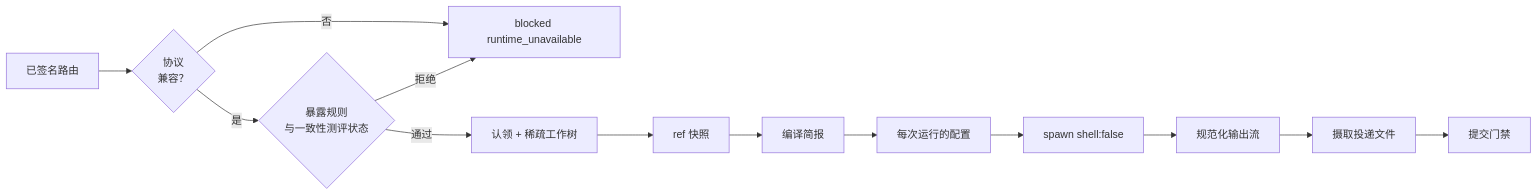
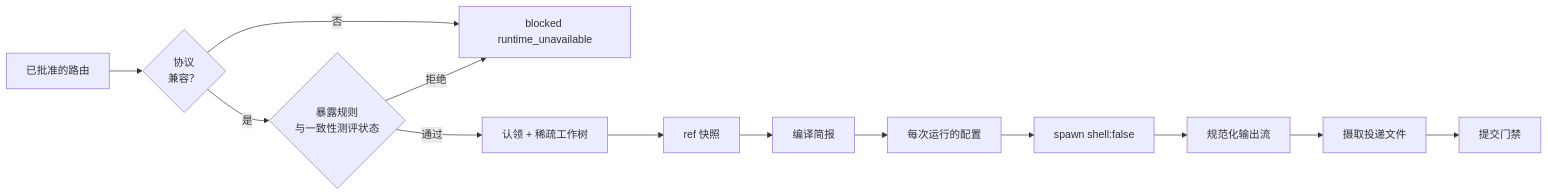
One commit to Qither/keel changed the diagram in docs/09-runtimes.zh-CN.md. Above: the diagram before and after it, drawn with Mermaid. The commit also changed other lines of this file and 130 other files, not shown here.

````diff
--- a/docs/09-runtimes.zh-CN.md
+++ b/docs/09-runtimes.zh-CN.md
@@ -110,15 +110,15 @@
 ```mermaid
 flowchart LR
-  R[已签名路由] --> C{协议<br/>兼容？}
+  R[已批准的路由] --> C{协议<br/>兼容？}
   C -- 否 --> B1[blocked runtime_unavailable]
   C -- 是 --> X{暴露规则<br/>与一致性测评状态}
   X -- 拒绝 --> B1
   X -- 通过 --> CL[认领 + 稀疏工作树]
   CL --> S[ref 快照]
   S --> BR[编译简报]
   BR --> CFG[每次运行的配置]
   CFG --> SP[spawn shell:false]
   SP --> N[规范化输出流]
   N --> I[摄取投递文件]
   I --> G[提交门禁]
 ```
````
